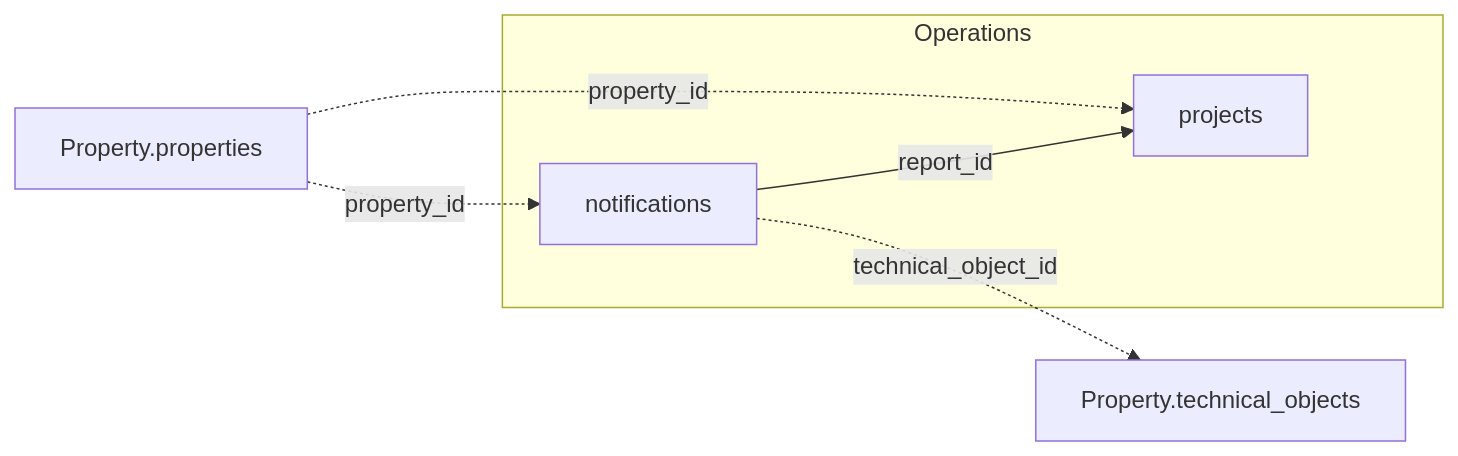
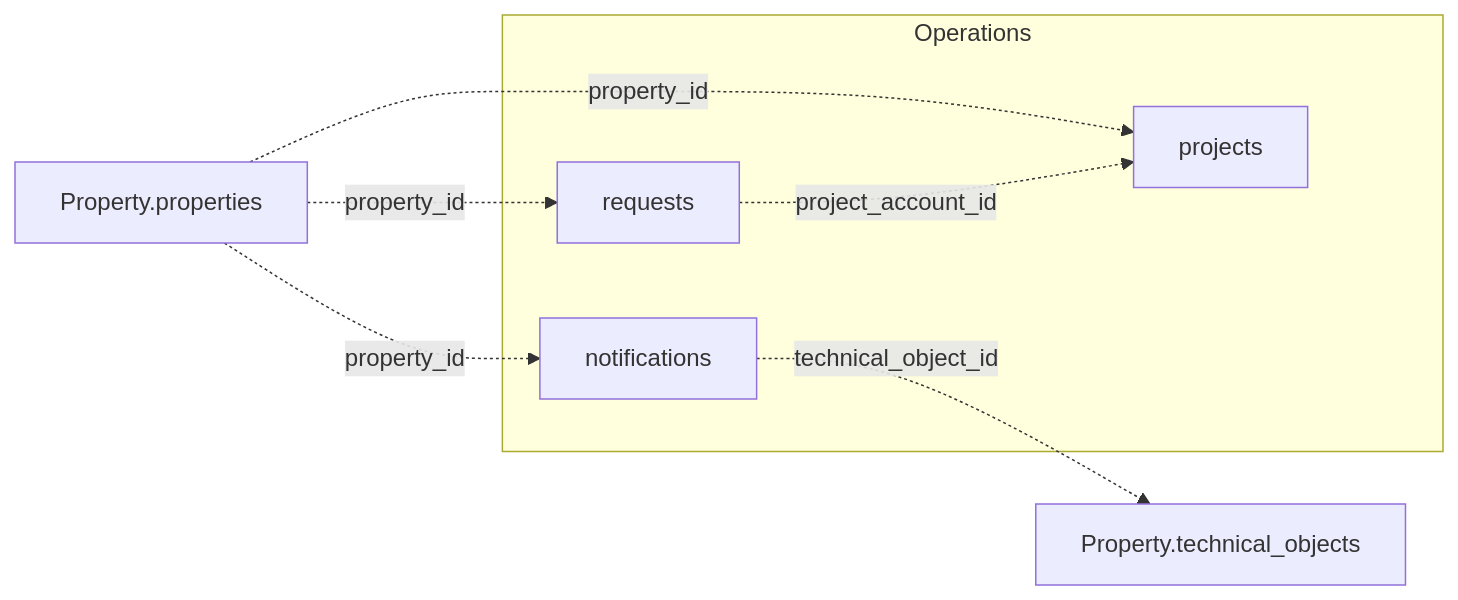
Before and after one commit to Trassets-ai/api-docs: the diagram in de/v1/data-model/operations.mdx, drawn with Mermaid. The commit also changed other lines of this file and 3 other files, not shown here.

First line of the commit message:
docs(v1): projects ohne Angebots-/Meldungsfelder, neu project_account_id (#109)

````diff
--- a/de/v1/data-model/operations.mdx
+++ b/de/v1/data-model/operations.mdx
@@ -11,16 +11,17 @@
 ```mermaid
 graph LR
   subgraph Operations
     notifications["notifications"]
     projects["projects"]
+    requests["requests"]
   end
 
   properties["Property.properties"]
   technical_objects["Property.technical_objects"]
 
-  notifications -->|report_id| projects
-
   properties -.->|property_id| notifications
   properties -.->|property_id| projects
+  properties -.->|property_id| requests
+  requests -.->|project_account_id| projects
   notifications -.->|technical_object_id| technical_objects
 ```
````
